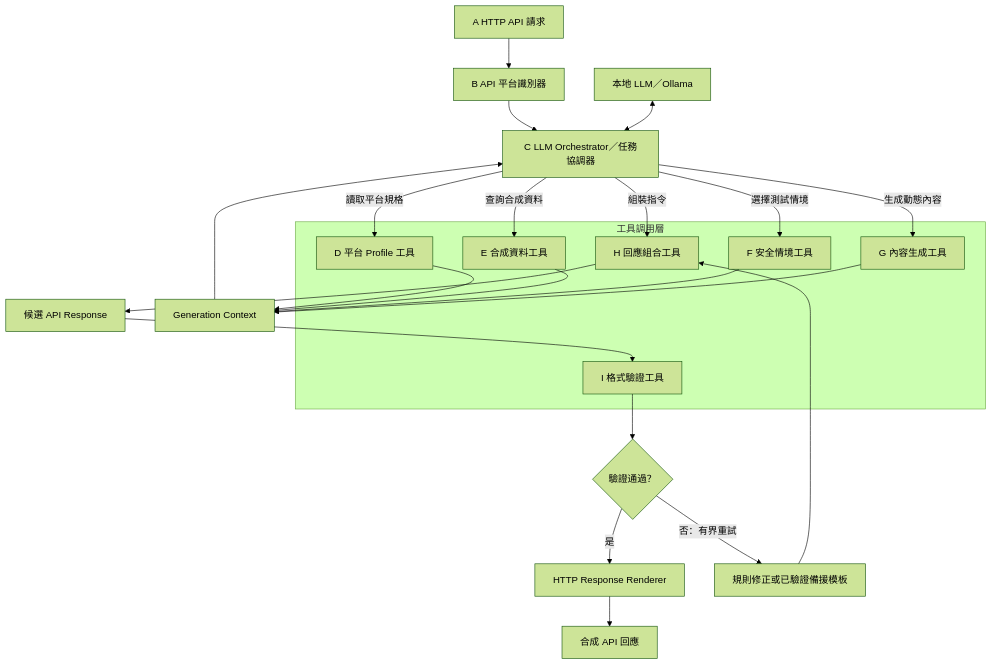
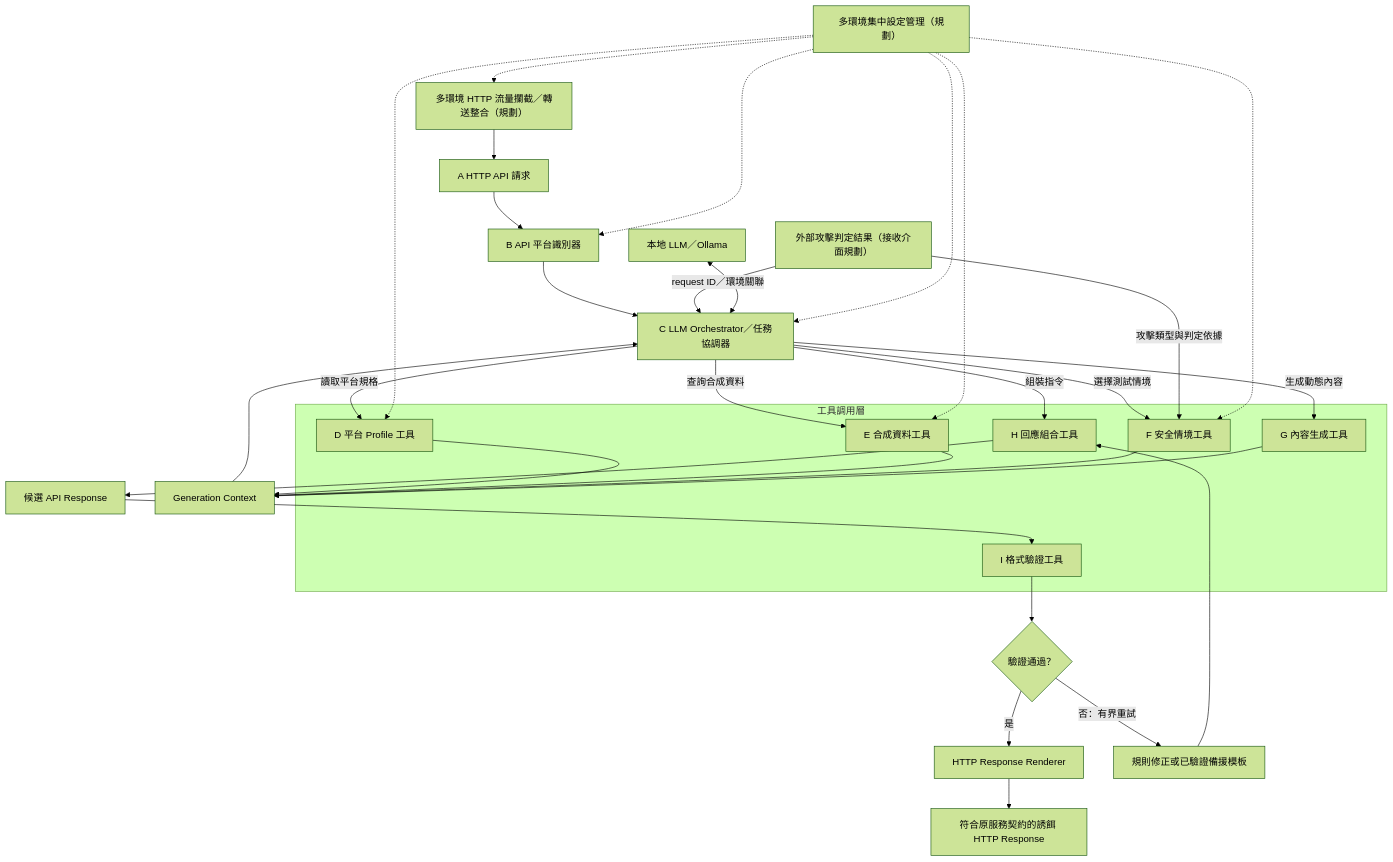
One commit to IAN40070510/Mirage_API changed the diagram in README.md. Above: the diagram before and after it, drawn with Mermaid (forest theme). The commit also changed other lines of this file, not shown here.

````diff
--- a/README.md
+++ b/README.md
@@ -5,31 +37,40 @@
 ```mermaid
 flowchart TB
+    R["多環境 HTTP 流量攔截／轉送整合（規劃）"] --> A
     A["A HTTP API 請求"] --> B["B API 平台識別器"]
     B --> C["C LLM Orchestrator／任務協調器"]
+    Q["外部攻擊判定結果（接收介面規劃）"] -->|request ID／環境關聯| C
     subgraph TOOLS["工具調用層"]
         D["D 平台 Profile 工具"]
         E["E 合成資料工具"]
         F["F 安全情境工具"]
         G["G 內容生成工具"]
         H["H 回應組合工具"]
         I["I 格式驗證工具"]
     end
     C -->|讀取平台規格| D
     C -->|查詢合成資料| E
     C -->|選擇測試情境| F
+    Q -->|攻擊類型與判定依據| F
     C -->|生成動態內容| G
     D --> J["Generation Context"]
     E --> J
     F --> J
     G --> J
     J --> C
     C -->|組裝指令| H
     H --> K["候選 API Response"]
     K --> I
     I --> L{"驗證通過？"}
     L -->|是| M["HTTP Response Renderer"]
     L -->|否：有界重試| N["規則修正或已驗證備援模板"]
     N --> H
-    M --> O["合成 API 回應"]
+    M --> O["符合原服務契約的誘餌 HTTP Response"]
     P["本地 LLM／Ollama"] <--> C
+    T["多環境集中設定管理（規劃）"] -.-> R
+    T -.-> B
+    T -.-> C
+    T -.-> D
+    T -.-> E
+    T -.-> F
 ```
````
